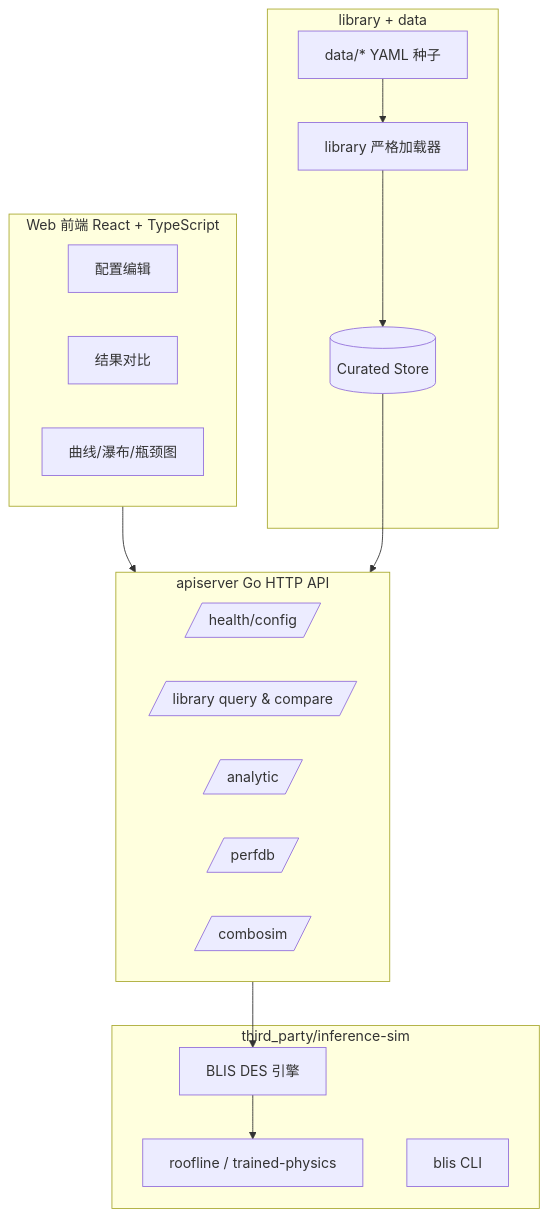
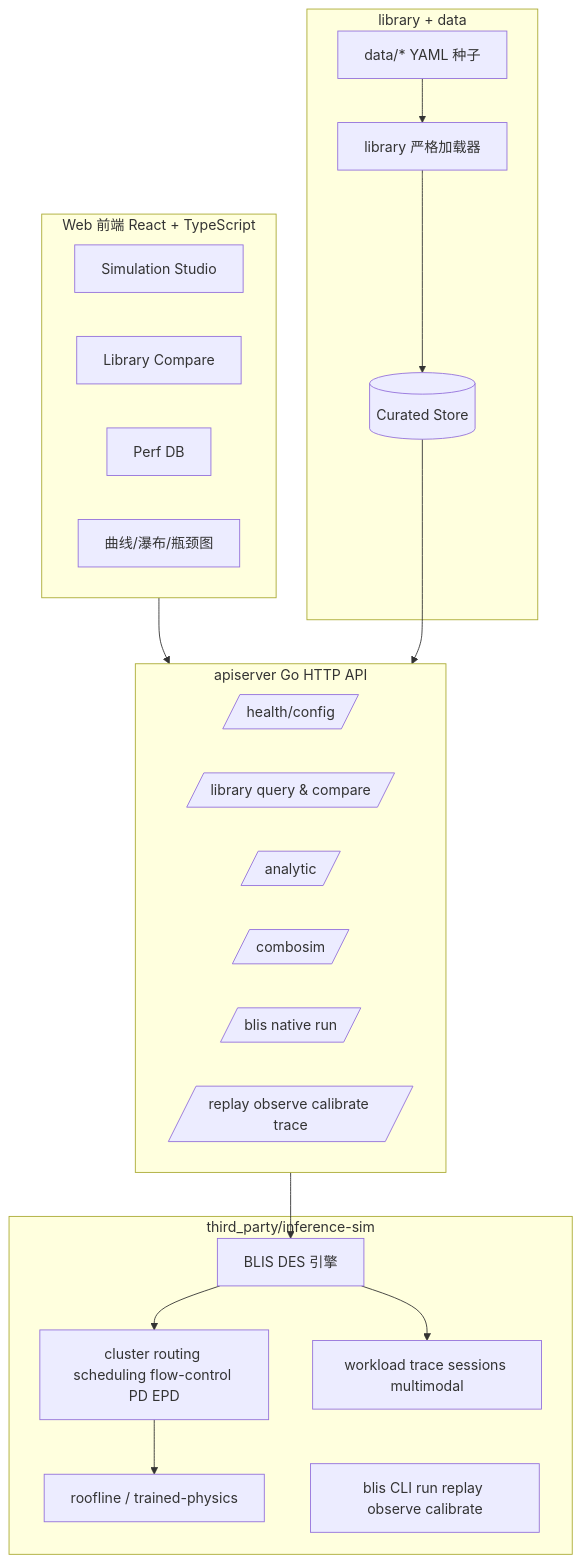
Before and after one commit to DanielKernel/inference-sim: the diagram in docs/architecture.md, drawn with Mermaid. The commit also changed other lines of this file and 11 other files, not shown here.

````diff
--- a/docs/architecture.md
+++ b/docs/architecture.md
@@ -28,33 +29,39 @@
 ```mermaid
 flowchart TB
   subgraph UI[Web 前端 React + TypeScript]
-    cfg[配置编辑]
-    compare[结果对比]
+    studio[Simulation Studio]
+    compare[Library Compare]
+    perfdb[Perf DB]
     charts[曲线/瀑布/瓶颈图]
   end
 
   subgraph API[apiserver Go HTTP API]
     health[/health/config/]
     libraryApi[/library query & compare/]
     analyticApi[/analytic/]
-    perfdbApi[/perfdb/]
     combosimApi[/combosim/]
+    nativeApi[/blis native run/]
+    futureApi[/replay observe calibrate trace/]
   end
 
   subgraph DATA[library + data]
     loader[library 严格加载器]
     store[(Curated Store)]
     seed[data/* YAML 种子]
   end
 
   subgraph BASE[third_party/inference-sim]
     des[BLIS DES 引擎]
+    cluster[cluster routing scheduling flow-control PD EPD]
+    workload[workload trace sessions multimodal]
     latency[roofline / trained-physics]
-    cli[blis CLI]
+    cli[blis CLI run replay observe calibrate]
   end
 
   UI --> API
   seed --> loader --> store --> API
   API --> des
-  des --> latency
+  des --> cluster
+  des --> workload
+  cluster --> latency
 ```
````
